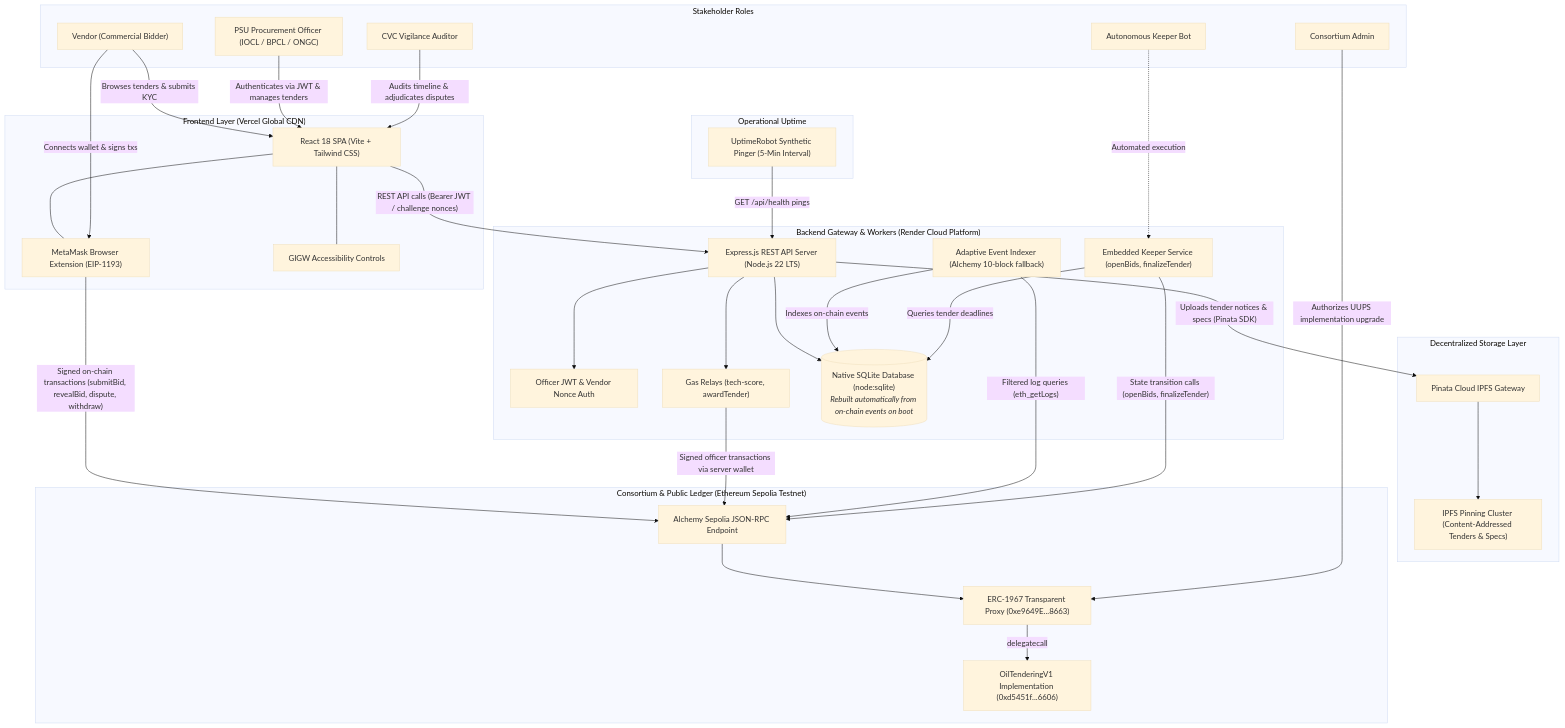
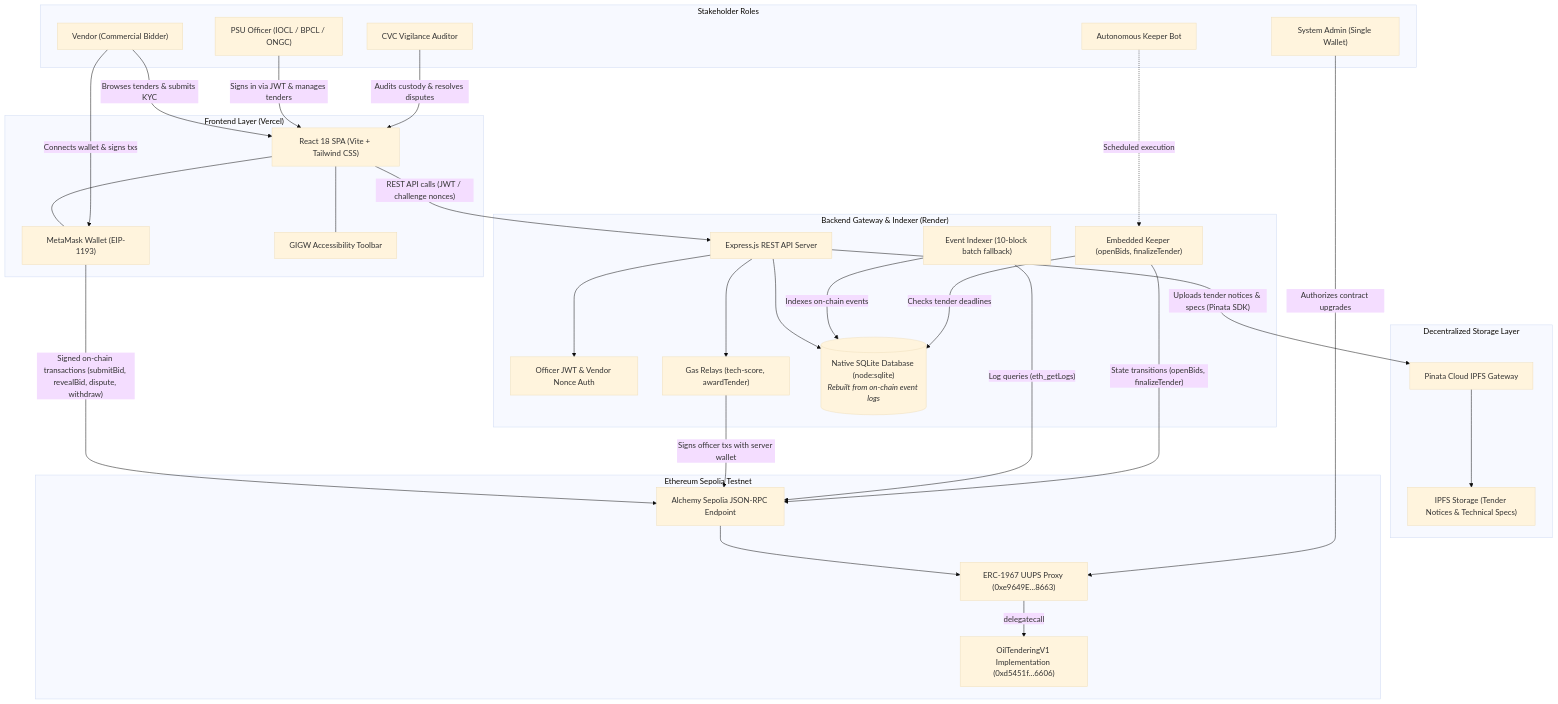
Before and after one commit to TharunRevinth/nirvaan: the diagram in docs/submission/diagrams/detailed_architecture.mmd, drawn with Mermaid (base theme). The commit also changed 9 other files, not shown here.

Commit message:
docs: revise course submission to 22-page report with two-pass TOC, scale-3 diagrams, verified screenshots, and measured gas

```diff
--- a/docs/submission/diagrams/detailed_architecture.mmd
+++ b/docs/submission/diagrams/detailed_architecture.mmd
@@ -1,65 +1,60 @@
 graph TD
     subgraph Roles["Stakeholder Roles"]
         Vendor["Vendor (Commercial Bidder)"]
-        Officer["PSU Procurement Officer (IOCL / BPCL / ONGC)"]
+        Officer["PSU Officer (IOCL / BPCL / ONGC)"]
         CVC["CVC Vigilance Auditor"]
-        AdminRole["Consortium Admin"]
+        AdminRole["System Admin (Single Wallet)"]
         KeeperRole["Autonomous Keeper Bot"]
     end
 
-    subgraph FrontendHosting["Frontend Layer (Vercel Global CDN)"]
+    subgraph FrontendHosting["Frontend Layer (Vercel)"]
         UI["React 18 SPA (Vite + Tailwind CSS)"]
-        MM["MetaMask Browser Extension (EIP-1193)"]
-        GIGW["GIGW Accessibility Controls"]
+        MM["MetaMask Wallet (EIP-1193)"]
+        GIGW["GIGW Accessibility Toolbar"]
         UI --- MM
         UI --- GIGW
     end
 
-    subgraph BackendHosting["Backend Gateway & Workers (Render Cloud Platform)"]
-        API["Express.js REST API Server (Node.js 22 LTS)"]
+    subgraph BackendHosting["Backend Gateway & Indexer (Render)"]
+        API["Express.js REST API Server"]
         AuthMid["Officer JWT & Vendor Nonce Auth"]
         Relay["Gas Relays (tech-score, awardTender)"]
-        Indexer["Adaptive Event Indexer (Alchemy 10-block fallback)"]
-        Keeper["Embedded Keeper Service (openBids, finalizeTender)"]
-        SQLite[("Native SQLite Database (node:sqlite)<br/><i>Rebuilt automatically from on-chain events on boot</i>")]
+        Indexer["Event Indexer (10-block batch fallback)"]
+        Keeper["Embedded Keeper (openBids, finalizeTender)"]
+        SQLite[("Native SQLite Database (node:sqlite)<br/><i>Rebuilt from on-chain event logs</i>")]
 
         API --> AuthMid
         API --> Relay
         API --> SQLite
         Indexer -->|"Indexes on-chain events"| SQLite
-        Keeper -->|"Queries tender deadlines"| SQLite
-    end
-
-    subgraph Monitoring["Operational Uptime"]
-        UptimeRobot["UptimeRobot Synthetic Pinger (5-Min Interval)"]
+        Keeper -->|"Checks tender deadlines"| SQLite
     end
 
     subgraph Storage["Decentralized Storage Layer"]
         Pinata["Pinata Cloud IPFS Gateway"]
-        IPFSRepo["IPFS Pinning Cluster (Content-Addressed Tenders & Specs)"]
+        IPFSRepo["IPFS Storage (Tender Notices & Technical Specs)"]
         Pinata --> IPFSRepo
     end
 
-    subgraph Blockchain["Consortium & Public Ledger (Ethereum Sepolia Testnet)"]
+    subgraph Blockchain["Ethereum Sepolia Testnet"]
         RPC["Alchemy Sepolia JSON-RPC Endpoint"]
-        Proxy["ERC-1967 Transparent Proxy (0xe9649E...8663)"]
+        Proxy["ERC-1967 UUPS Proxy (0xe9649E...8663)"]
         Impl["OilTenderingV1 Implementation (0xd5451f...6606)"]
 
         RPC --> Proxy
         Proxy -->|"delegatecall"| Impl
     end
 
     Vendor -->|"Connects wallet & signs txs"| MM
     Vendor -->|"Browses tenders & submits KYC"| UI
-    Officer -->|"Authenticates via JWT & manages tenders"| UI
-    CVC -->|"Audits timeline & adjudicates disputes"| UI
-    AdminRole -->|"Authorizes UUPS implementation upgrade"| Proxy
+    Officer -->|"Signs in via JWT & manages tenders"| UI
+    CVC -->|"Audits custody & resolves disputes"| UI
+    AdminRole -->|"Authorizes contract upgrades"| Proxy
 
-    UptimeRobot -->|"GET /api/health pings"| API
     MM -->|"Signed on-chain transactions (submitBid, revealBid, dispute, withdraw)"| RPC
-    UI -->|"REST API calls (Bearer JWT / challenge nonces)"| API
+    UI -->|"REST API calls (JWT / challenge nonces)"| API
     API -->|"Uploads tender notices & specs (Pinata SDK)"| Pinata
-    Relay -->|"Signed officer transactions via server wallet"| RPC
-    Indexer -->|"Filtered log queries (eth_getLogs)"| RPC
-    Keeper -->|"State transition calls (openBids, finalizeTender)"| RPC
-    KeeperRole -.->|"Automated execution"| Keeper
+    Relay -->|"Signs officer txs with server wallet"| RPC
+    Indexer -->|"Log queries (eth_getLogs)"| RPC
+    Keeper -->|"State transitions (openBids, finalizeTender)"| RPC
+    KeeperRole -.->|"Scheduled execution"| Keeper
```
